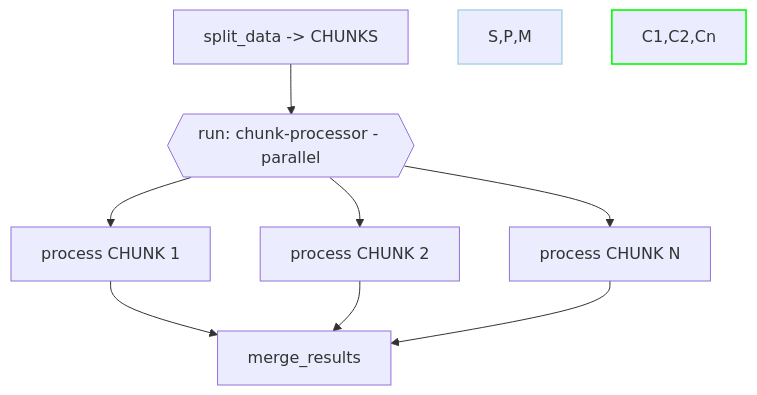
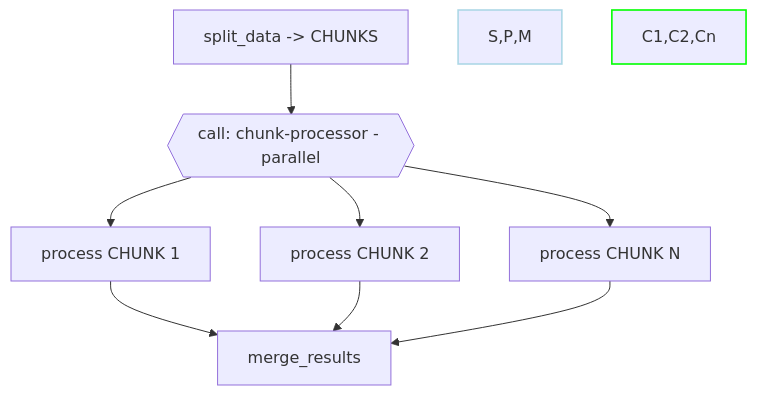
One commit to dagucloud/docs changed diagram 15 of 20 in writing-workflows/examples.md. Above: the diagram before and after it, drawn with Mermaid. The commit also changed other lines of this file and 2 other files, not shown here.

````diff
--- a/writing-workflows/examples.md
+++ b/writing-workflows/examples.md
@@ -614,12 +614,12 @@
 ```mermaid
 graph TD
-  S[split_data -> CHUNKS] --> P{{"run: chunk-processor - parallel"}}
+  S[split_data -> CHUNKS] --> P{{"call: chunk-processor - parallel"}}
   P --> C1[process CHUNK 1]
   P --> C2[process CHUNK 2]
   P --> Cn[process CHUNK N]
   C1 --> M[merge_results]
   C2 --> M
   Cn --> M
   style S,P,M stroke:lightblue,stroke-width:1.6px,color:#333
   style C1,C2,Cn stroke:lime,stroke-width:1.6px,color:#333
 ```
````
